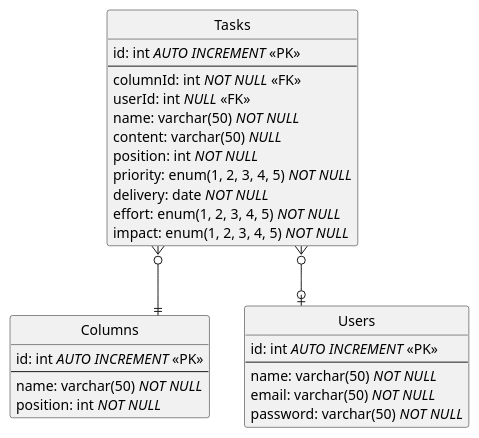
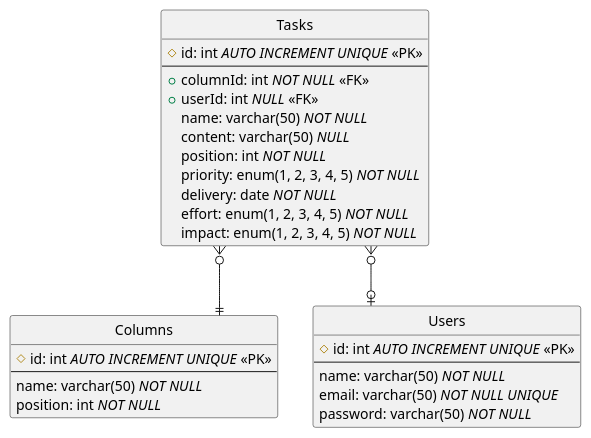
Before and after one commit to clebersonjose/gestorprojetos: the diagram in dataBase/entity_relationship_diagram.wsd, drawn with PlantUML.

Commit message:
Update er diagram

```diff
--- a/dataBase/entity_relationship_diagram.wsd
+++ b/dataBase/entity_relationship_diagram.wsd
@@ -1,39 +1,39 @@
 @startuml
 ' hide the spot
 hide circle
 
 ' avoid problems with angled crows feet
 skinparam linetype ortho
 
 entity Columns{
-  id: int //AUTO INCREMENT// <<PK>>
+  #id: int //AUTO INCREMENT// //UNIQUE// <<PK>>
   --
   name: varchar(50) //NOT NULL//
   position: int //NOT NULL//
 }
 
 entity Tasks{
-  id: int //AUTO INCREMENT// <<PK>>
+  #id: int //AUTO INCREMENT// //UNIQUE// <<PK>>
   --
-  columnId: int //NOT NULL// <<FK>>
-  userId: int //NULL// <<FK>>
+  +columnId: int //NOT NULL// <<FK>>
+  +userId: int //NULL// <<FK>>
   name: varchar(50) //NOT NULL//
   content: varchar(50) //NULL//
   position: int //NOT NULL//
   priority: enum(1, 2, 3, 4, 5) //NOT NULL//
   delivery: date //NOT NULL//
   effort: enum(1, 2, 3, 4, 5) //NOT NULL//
   impact: enum(1, 2, 3, 4, 5) //NOT NULL//
 }
 
 entity Users {
-  id: int //AUTO INCREMENT// <<PK>>
+  #id: int //AUTO INCREMENT// //UNIQUE// <<PK>>
   --
   name: varchar(50) //NOT NULL//
-  email: varchar(50) //NOT NULL//
+  email: varchar(50) //NOT NULL// //UNIQUE//
   password: varchar(50) //NOT NULL//
 }
 
 Tasks }o--|| Columns
 Tasks }o--o| Users
 @enduml
```
